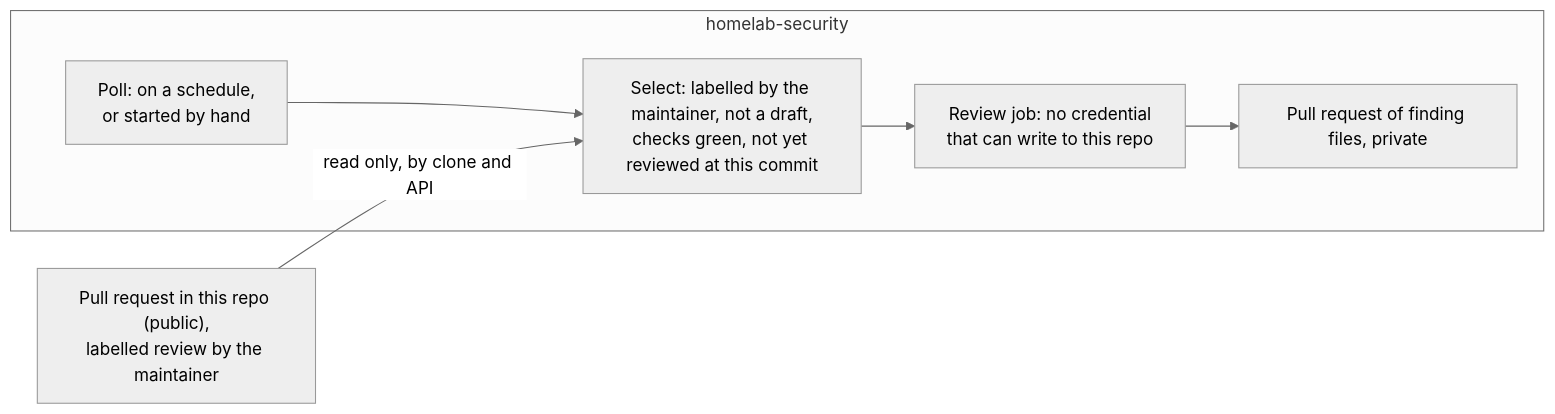
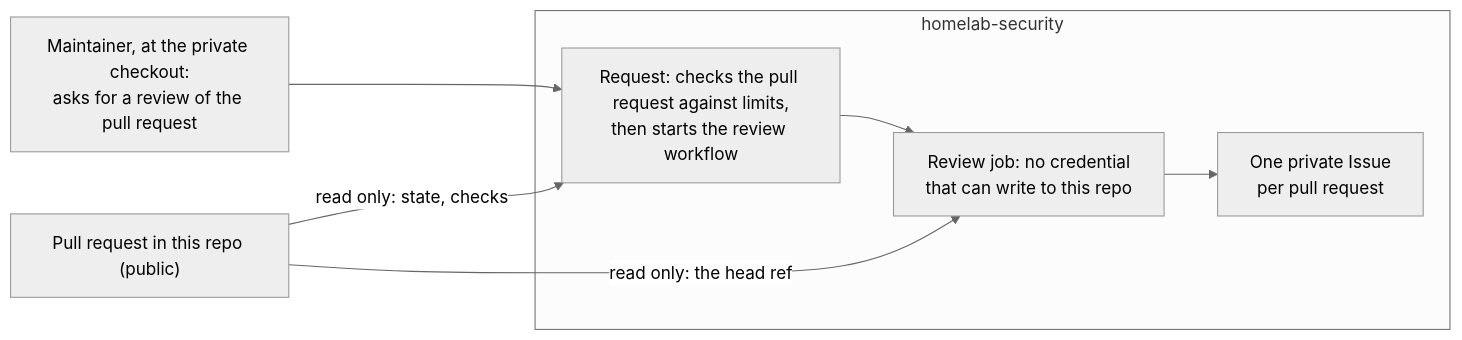
One commit to wenenhoe/homelab changed the diagram in docs/decisions/0061-where-automated-code-review-runs-and-what-it-may-write/revision-001.md. Above: the diagram before and after it, drawn with Mermaid (neutral theme). The commit also changed other lines of this file and 3 other files, not shown here.

First line of the commit message:
docs(decisions): request a pull request review by hand from the private checkout

````diff
--- a/docs/decisions/0061-where-automated-code-review-runs-and-what-it-may-write/revision-001.md
+++ b/docs/decisions/0061-where-automated-code-review-runs-and-what-it-may-write/revision-001.md
@@ -65,13 +71,14 @@
 ```mermaid
 flowchart LR
-    PR["Pull request in this repo (public),<br/>labelled review by the maintainer"]
+    PR["Pull request in this repo (public)"]
+    M["Maintainer, at the private checkout:<br/>asks for a review of the pull request"]
     subgraph SEC["homelab-security"]
-        POLL["Poll: on a schedule,<br/>or started by hand"]
-        SEL["Select: labelled by the maintainer, not a draft,<br/>checks green, not yet reviewed at this commit"]
+        REQ["Request: checks the pull request against limits,<br/>then starts the review workflow"]
         JOB["Review job: no credential<br/>that can write to this repo"]
-        OUT["Pull request of finding files, private"]
-        POLL --> SEL
-        SEL --> JOB --> OUT
+        OUT["One private Issue<br/>per pull request"]
+        REQ --> JOB --> OUT
     end
-    PR -->|"read only, by clone and API"| SEL
+    M --> REQ
+    PR -->|"read only: state, checks"| REQ
+    PR -->|"read only: the head ref"| JOB
 ```
````
